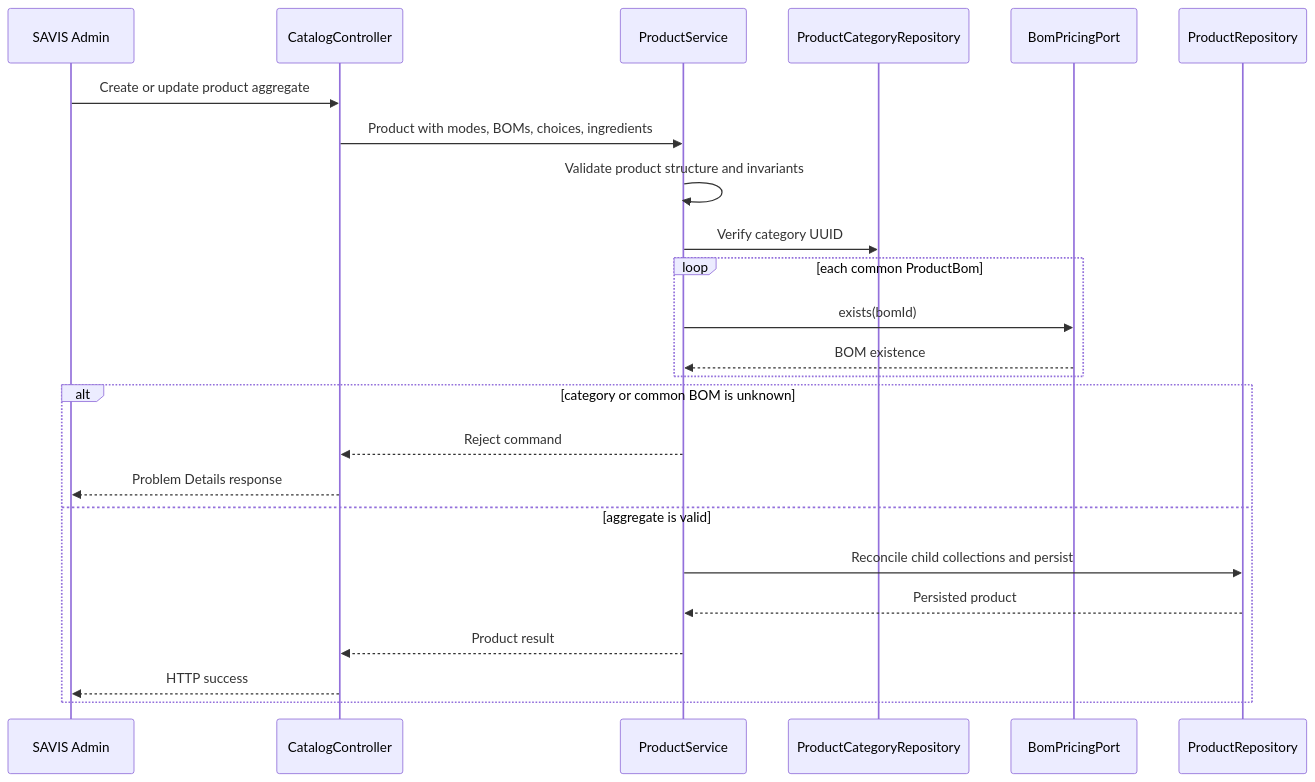
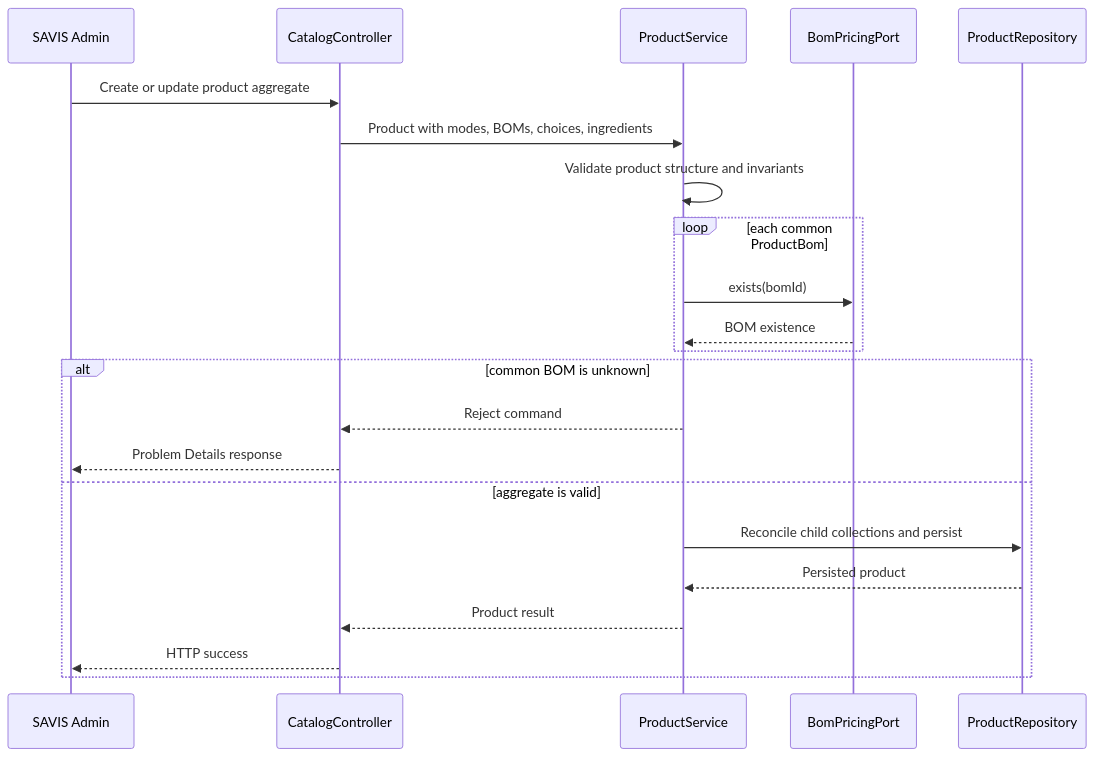
Diagram 13 of 17 in docs/ARCHITECTURE.md (wiljeanlouis/savis), drawn with Mermaid before and after one commit. The commit also changed other lines of this file and 38 other files, not shown here.

First line of the commit message:
fix: refactor product ui and product category (#71)

````diff
--- a/docs/ARCHITECTURE.md
+++ b/docs/ARCHITECTURE.md
@@ -703,27 +703,25 @@
 ```mermaid
 sequenceDiagram
   participant Admin as SAVIS Admin
   participant Controller as CatalogController
   participant Products as ProductService
-  participant Categories as ProductCategoryRepository
   participant BomPort as BomPricingPort
   participant Repository as ProductRepository
 
   Admin->>Controller: Create or update product aggregate
   Controller->>Products: Product with modes, BOMs, choices, ingredients
   Products->>Products: Validate product structure and invariants
-  Products->>Categories: Verify category UUID
   loop each common ProductBom
     Products->>BomPort: exists(bomId)
     BomPort-->>Products: BOM existence
   end
-  alt category or common BOM is unknown
+  alt common BOM is unknown
     Products-->>Controller: Reject command
     Controller-->>Admin: Problem Details response
   else aggregate is valid
     Products->>Repository: Reconcile child collections and persist
     Repository-->>Products: Persisted product
     Products-->>Controller: Product result
     Controller-->>Admin: HTTP success
   end
 ```
````
